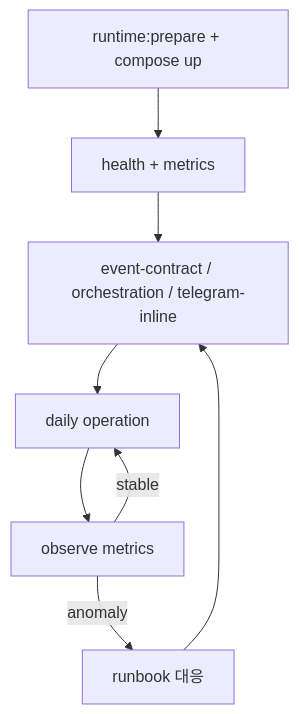
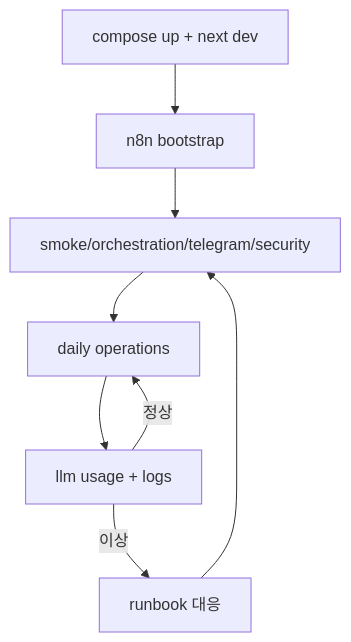
The diagram in docs/OPERATIONS_PLAYBOOK.md (Merchantlee99/Personal-AI-agent-v2), drawn with Mermaid before and after one commit. The commit also changed other lines of this file and 6 other files, not shown here.

````diff
--- a/docs/OPERATIONS_PLAYBOOK.md
+++ b/docs/OPERATIONS_PLAYBOOK.md
@@ -146,10 +143,10 @@
 ```mermaid
 flowchart TD
-  BOOT["runtime:prepare + compose up"] --> HEALTH["health + metrics"]
-  HEALTH --> VERIFY["event-contract / orchestration / telegram-inline"]
-  VERIFY --> RUN["daily operation"]
-  RUN --> OBS["observe metrics"]
-  OBS -->|"anomaly"| INCIDENT["runbook 대응"]
+  BOOT["compose up + next dev"] --> N8N["n8n bootstrap"]
+  N8N --> VERIFY["smoke/orchestration/telegram/security"]
+  VERIFY --> RUN["daily operations"]
+  RUN --> CHECK["llm usage + logs"]
+  CHECK -->|"이상"| INCIDENT["runbook 대응"]
   INCIDENT --> VERIFY
-  OBS -->|"stable"| RUN
+  CHECK -->|"정상"| RUN
 ```
````
